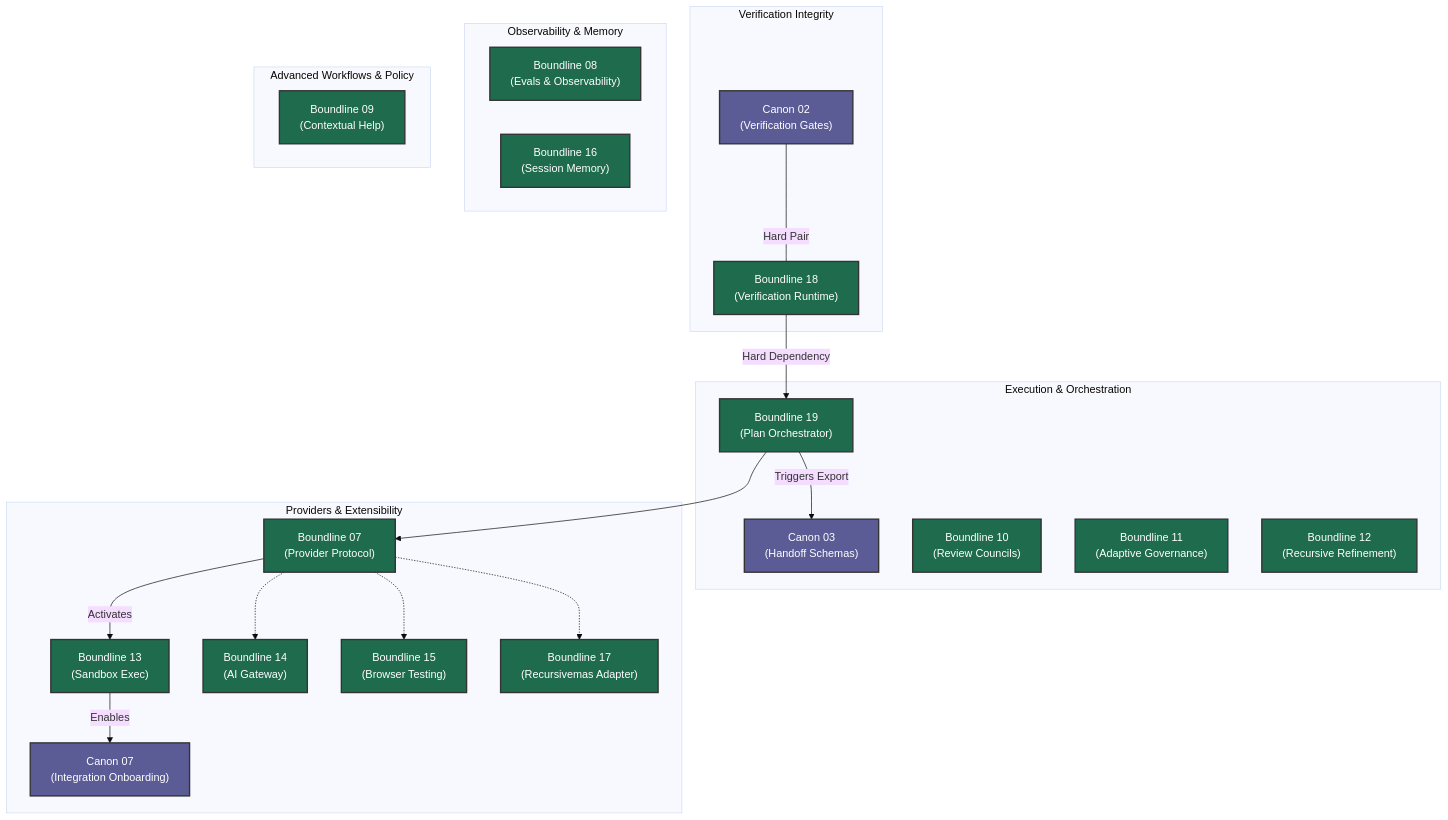
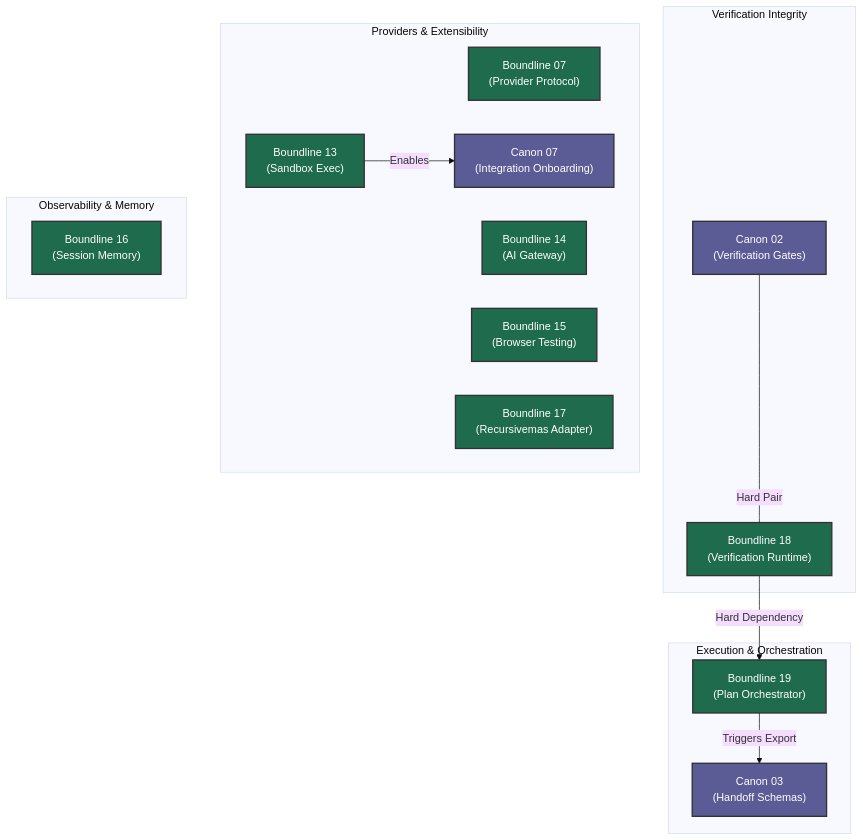
Before and after one commit to apply-the/canon: the diagram in roadmap/joint-roadmap-graph.md, drawn with Mermaid (base theme). The commit also changed other lines of this file, not shown here.

Commit message:
docs: roadmap updated

````diff
--- a/roadmap/joint-roadmap-graph.md
+++ b/roadmap/joint-roadmap-graph.md
@@ -7,49 +7,35 @@
 ```mermaid
 flowchart TD
     %% Styling
     classDef canon fill:#5b5b95,stroke:#333,stroke-width:2px,color:#fff
     classDef boundline fill:#1f6b4e,stroke:#333,stroke-width:2px,color:#fff
 
     subgraph Verification Integrity
         C02["Canon 02<br/>(Verification Gates)"]:::canon
         B18["Boundline 18<br/>(Verification Runtime)"]:::boundline
     end
 
     subgraph Execution & Orchestration
         B19["Boundline 19<br/>(Plan Orchestrator)"]:::boundline
         C03["Canon 03<br/>(Handoff Schemas)"]:::canon
-        B10["Boundline 10<br/>(Review Councils)"]:::boundline
-        B11["Boundline 11<br/>(Adaptive Governance)"]:::boundline
-        B12["Boundline 12<br/>(Recursive Refinement)"]:::boundline
     end
 
     subgraph Providers & Extensibility
         B07["Boundline 07<br/>(Provider Protocol)"]:::boundline
         B13["Boundline 13<br/>(Sandbox Exec)"]:::boundline
         C07["Canon 07<br/>(Integration Onboarding)"]:::canon
         B14["Boundline 14<br/>(AI Gateway)"]:::boundline
         B15["Boundline 15<br/>(Browser Testing)"]:::boundline
         B17["Boundline 17<br/>(Recursivemas Adapter)"]:::boundline
     end
 
     subgraph Observability & Memory
-        B08["Boundline 08<br/>(Evals & Observability)"]:::boundline
         B16["Boundline 16<br/>(Session Memory)"]:::boundline
-    end
-
-    subgraph Advanced Workflows & Policy
-        B09["Boundline 09<br/>(Contextual Help)"]:::boundline
     end
 
     %% Key Dependencies
     C02 ---|Hard Pair| B18
     B18 -->|Hard Dependency| B19
     B19 -->|Triggers Export| C03
-    B19 --> B07
-    B07 -->|Activates| B13
-    B13 -->|Enables| C07
-    
-    B07 -.-> B14
-    B07 -.-> B15
-    B07 -.-> B17
+    B13 -->|Enables| C07    
 ```
````
